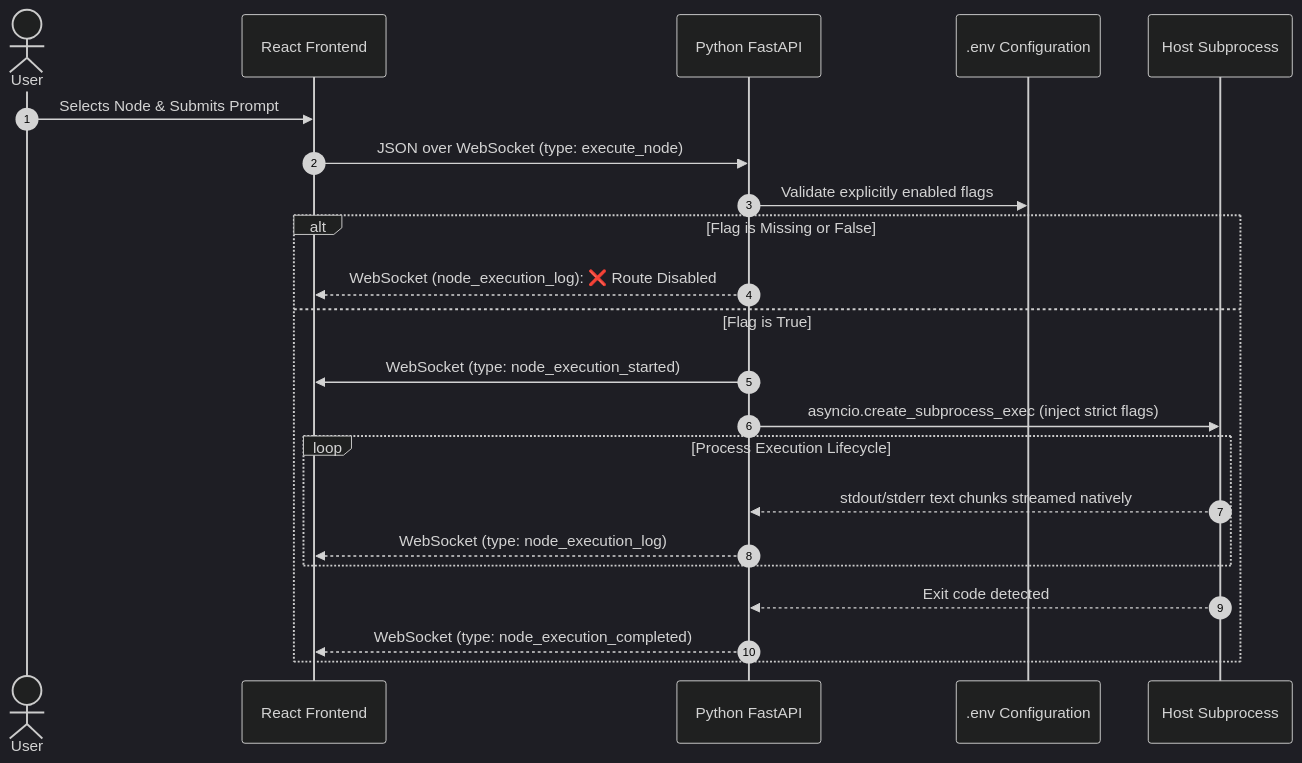
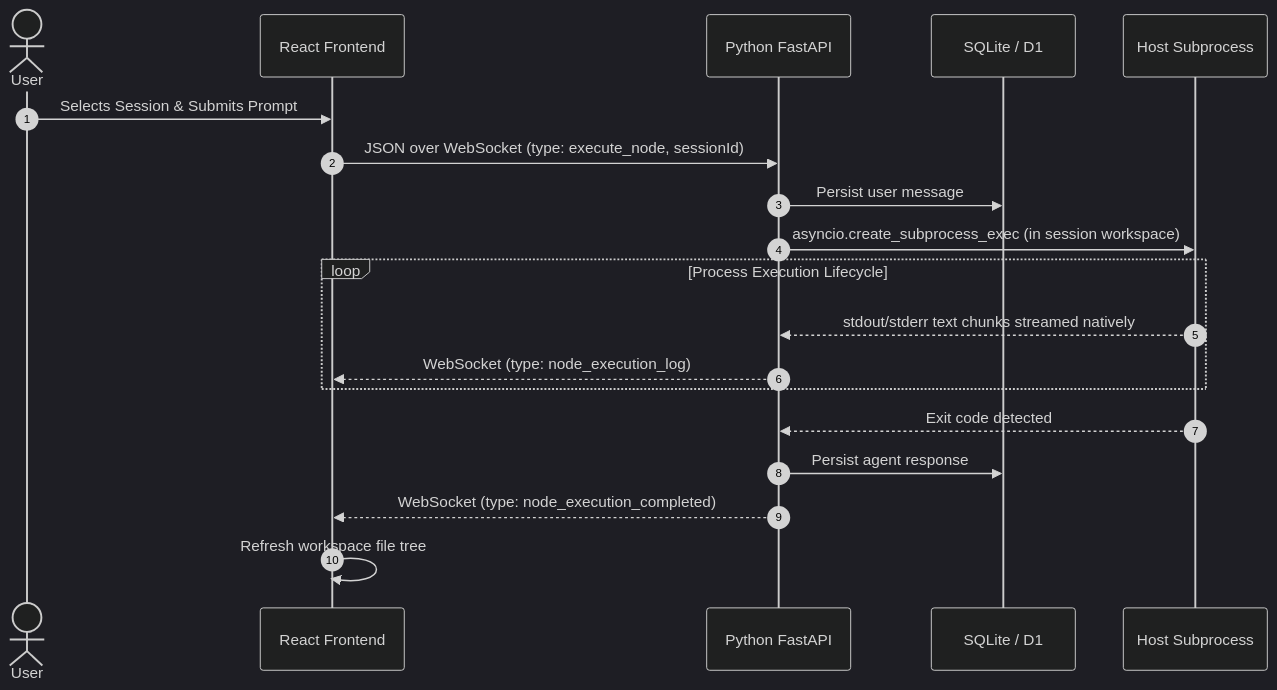
Before and after one commit to dmquant/agent-route: the second of 3 diagrams in README.md, drawn with Mermaid (dark theme). The commit also changed other lines of this file and 23 other files, not shown here.

````diff
--- a/README.md
+++ b/README.md
@@ -33,28 +38,24 @@
 ```mermaid
 sequenceDiagram
     autonumber
     actor User
     participant UI as React Frontend
     participant API as Python FastAPI
-    participant ENV as .env Configuration
+    participant DB as SQLite / D1
     participant CLI as Host Subprocess
 
-    User->>UI: Selects Node & Submits Prompt
-    UI->>API: JSON over WebSocket (type: execute_node)
+    User->>UI: Selects Session & Submits Prompt
+    UI->>API: JSON over WebSocket (type: execute_node, sessionId)
+    API->>DB: Persist user message
+    API->>CLI: asyncio.create_subprocess_exec (in session workspace)
     
-    API->>ENV: Validate explicitly enabled flags
-    alt Flag is Missing or False
-        API-->>UI: WebSocket (node_execution_log): ❌ Route Disabled
-    else Flag is True
-        API->>UI: WebSocket (type: node_execution_started)
-        API->>CLI: asyncio.create_subprocess_exec (inject strict flags)
-        
-        loop Process Execution Lifecycle
-            CLI-->>API: stdout/stderr text chunks streamed natively
-            API-->>UI: WebSocket (type: node_execution_log)
-        end
-        
-        CLI-->>API: Exit code detected
-        API-->>UI: WebSocket (type: node_execution_completed)
+    loop Process Execution Lifecycle
+        CLI-->>API: stdout/stderr text chunks streamed natively
+        API-->>UI: WebSocket (type: node_execution_log)
     end
+    
+    CLI-->>API: Exit code detected
+    API->>DB: Persist agent response
+    API-->>UI: WebSocket (type: node_execution_completed)
+    UI->>UI: Refresh workspace file tree
 ```
````
